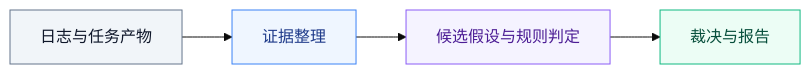
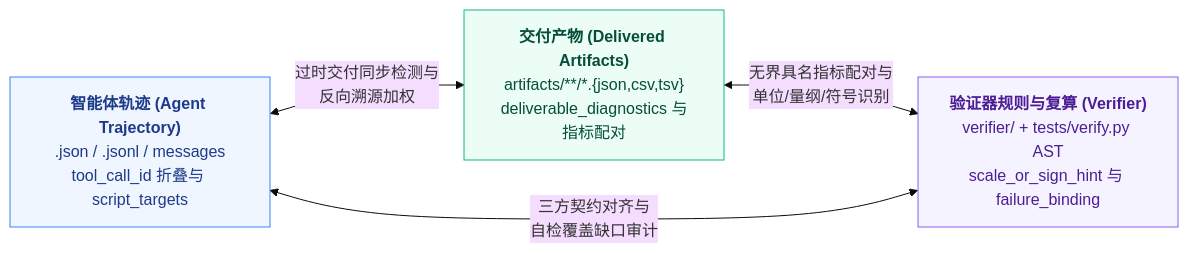
Before and after one commit to huangx-4sho/case-failure-analyzer: the first of 2 diagrams in README.zh.md, drawn with Mermaid (base theme). The commit also changed other lines of this file and 23 other files, not shown here.

````diff
--- a/README.zh.md
+++ b/README.zh.md
@@ -95,12 +34,12 @@
 ```mermaid
 flowchart LR
-    A["日志与任务产物"]
-    B["证据整理"]
-    C["候选假设与规则判定"]
-    D["裁决与报告"]
-    A --> B --> C --> D
-    style A fill:#f1f5f9,stroke:#64748b,color:#0f172a
-    style B fill:#eff6ff,stroke:#3b82f6,color:#1e3a8a
-    style C fill:#f5f3ff,stroke:#8b5cf6,color:#4c1d95
-    style D fill:#ecfdf5,stroke:#10b981,color:#064e3b
+    T["<b>智能体轨迹 (Agent Trajectory)</b><br/>.json / .jsonl / messages<br/>tool_call_id 折叠与 script_targets"]
+    A["<b>交付产物 (Delivered Artifacts)</b><br/>artifacts/**/*.{json,csv,tsv}<br/>deliverable_diagnostics 与指标配对"]
+    V["<b>验证器规则与复算 (Verifier)</b><br/>verifier/ + tests/verify.py AST<br/>scale_or_sign_hint 与 failure_binding"]
+    T <-->|"过时交付同步检测与<br/>反向溯源加权"| A
+    A <-->|"无界具名指标配对与<br/>单位/量纲/符号识别"| V
+    V <-->|"三方契约对齐与<br/>自检覆盖缺口审计"| T
+    style T fill:#eff6ff,stroke:#3b82f6,color:#1e3a8a
+    style A fill:#ecfdf5,stroke:#10b981,color:#064e3b
+    style V fill:#f5f3ff,stroke:#8b5cf6,color:#4c1d95
 ```
````
